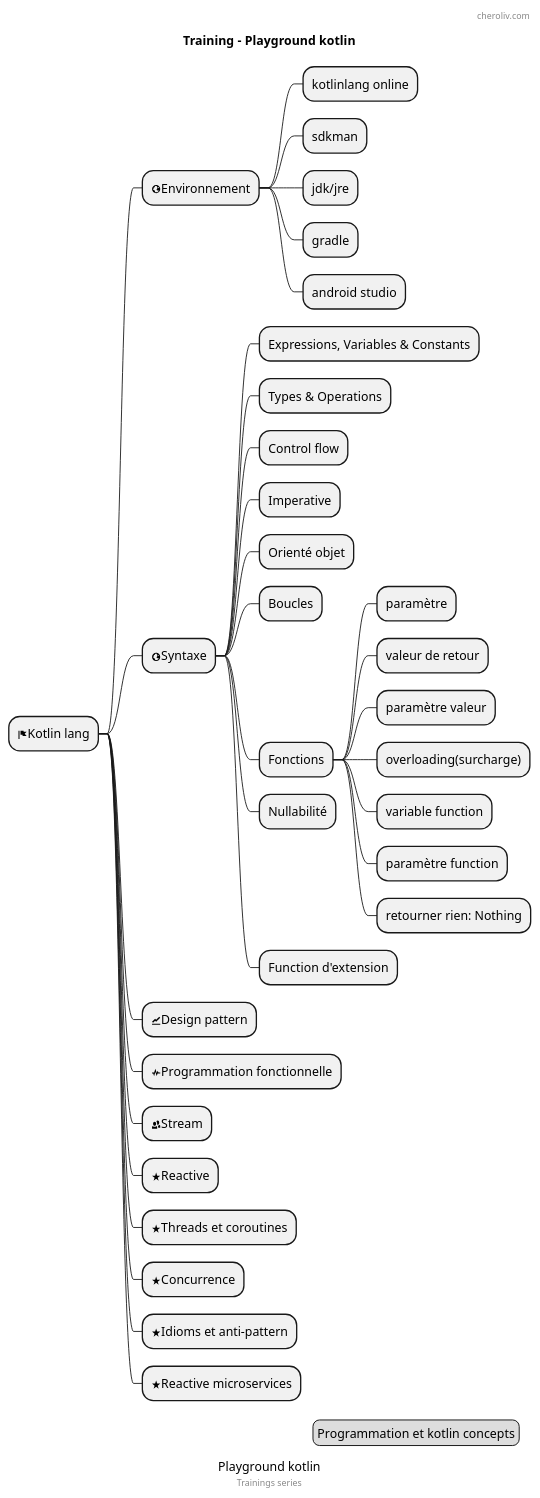
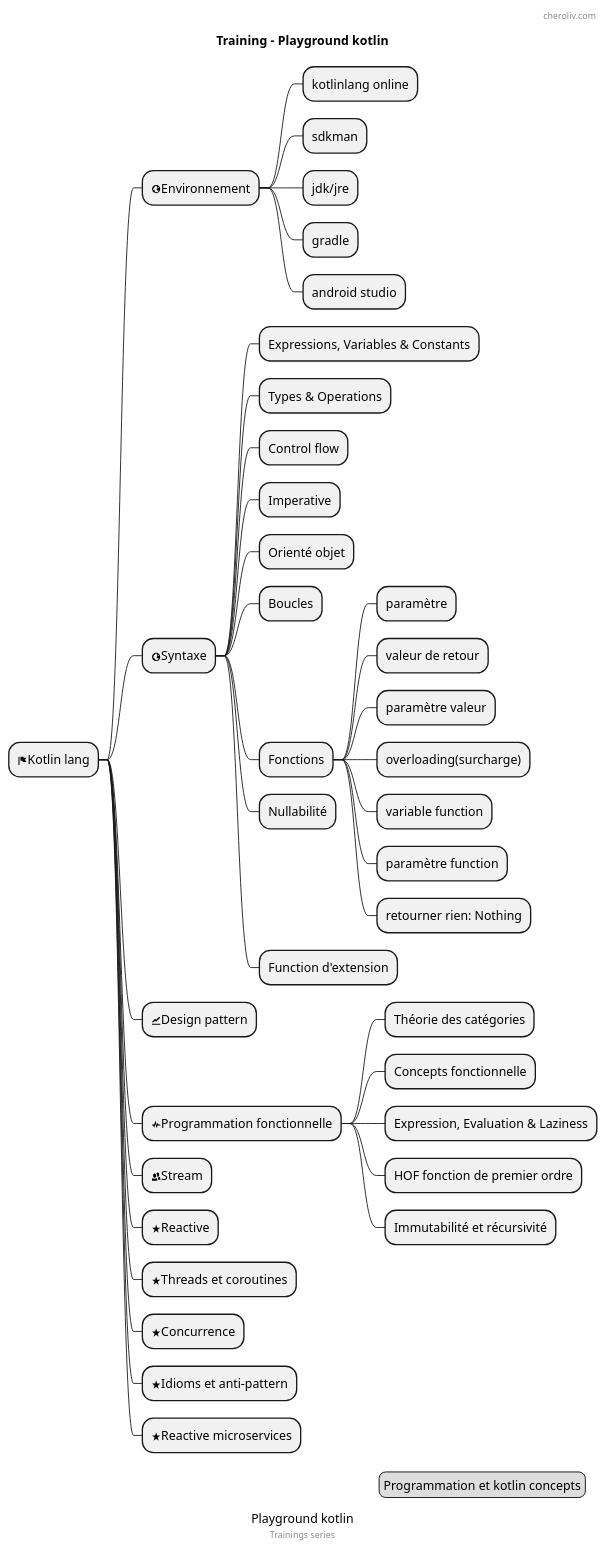
The diagram in diagrams/training_kotlin.puml (cheroliv/cheroliv.com), drawn with PlantUML before and after one commit. The commit also changed 1 other file, not shown here.

Commit message:
update training_kotlin.puml diagram.

```diff
--- a/diagrams/training_kotlin.puml
+++ b/diagrams/training_kotlin.puml
@@ -1,52 +1,57 @@
 @startmindmap
 'https://plantuml.com/mindmap-diagram
 
 caption Playground kotlin
 title Training - Playground kotlin
 
 * <&flag>Kotlin lang
 
 ** <&globe>Environnement
 *** kotlinlang online
 *** sdkman
 *** jdk/jre
 *** gradle
 *** android studio
 
 ** <&globe>Syntaxe
 *** Expressions, Variables & Constants
 *** Types & Operations
 *** Control flow
 *** Imperative
 *** Orienté objet
 *** Boucles
 *** Fonctions
 **** paramètre
 **** valeur de retour
 **** paramètre valeur
 **** overloading(surcharge)
 **** variable function
 **** paramètre function
 **** retourner rien: Nothing
 *** Nullabilité
 *** Function d'extension
 ** <&graph>Design pattern
 ** <&pulse>Programmation fonctionnelle
+*** Théorie des catégories
+*** Concepts fonctionnelle
+*** Expression, Evaluation & Laziness
+*** HOF fonction de premier ordre
+*** Immutabilité et récursivité
 ** <&people>Stream
 ** <&star>Reactive
 ** <&star>Threads et coroutines
 ** <&star>Concurrence
 ** <&star>Idioms et anti-pattern
 ** <&star>Reactive microservices
 
 
 header
     cheroliv.com
 endheader
 
 center footer Trainings series
 
 legend right
   Programmation et kotlin concepts
 endlegend
 @endmindmap
```
